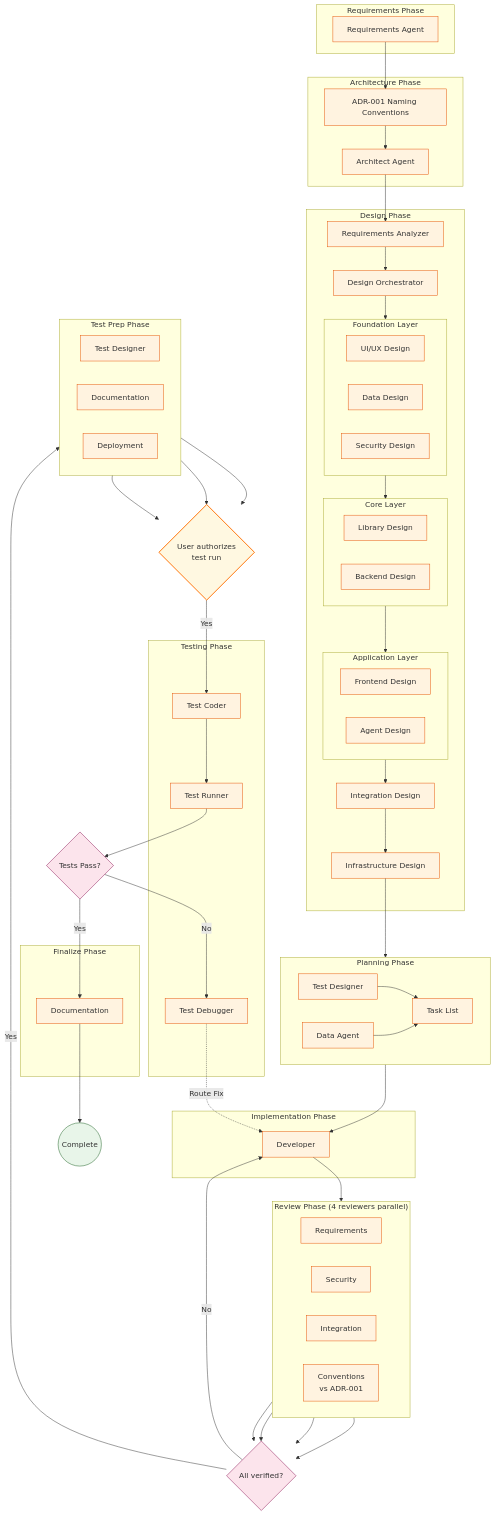
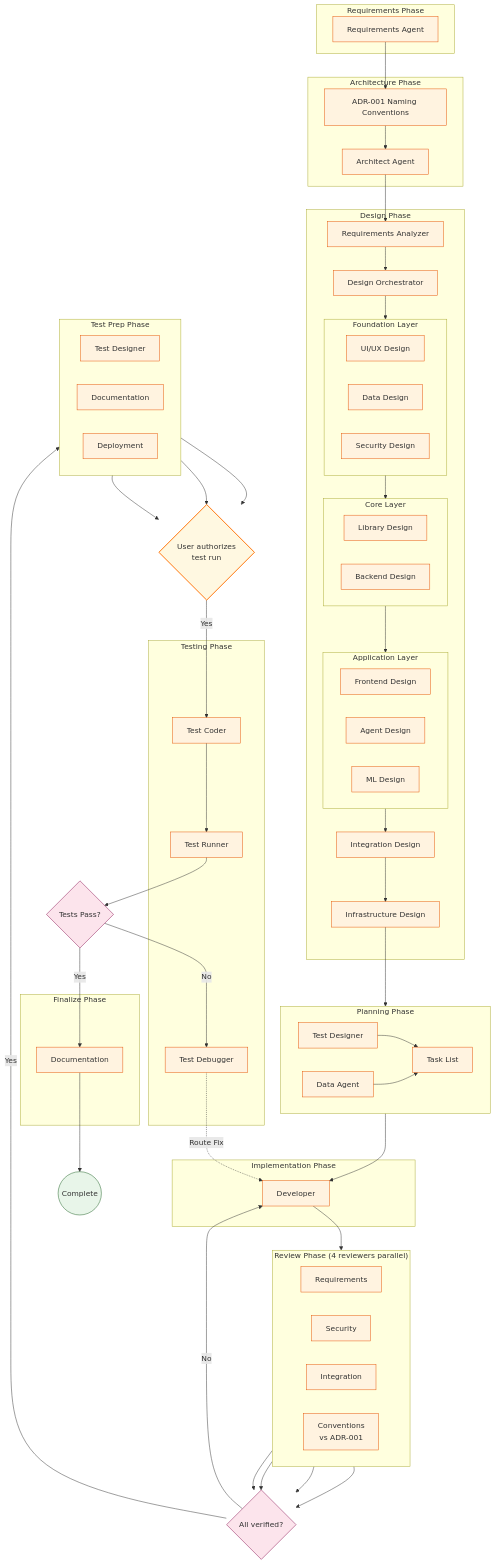
The diagram in README.md (osok/claude-code-startup-large-projects), drawn with Mermaid before and after one commit. The commit also changed other lines of this file and 9 other files, not shown here.

First line of the commit message:
feat: Add ML design agent and externalize requirements-gate allowlist

```diff
--- a/README.md
+++ b/README.md
@@ -277,6 +278,7 @@
             direction LR
             FRONT[Frontend Design]
             AGENT_D[Agent Design]
+            ML_D[ML Design]
         end
 
         INT_D[Integration Design]
@@ -352,7 +354,7 @@
     classDef gate fill:#fff8e1,stroke:#ff6f00,stroke-width:2px
     classDef done fill:#e8f5e9,stroke:#1b5e20
 
-    class REQ,ADR1,ARCH,RA,DO,UIUX,DATA_D,SEC_D,LIB,BACK,FRONT,AGENT_D,INT_D,INFRA,TD,DA,TL,DEV,CR_REQ,CR_SEC,CR_INT,CR_CON,TD2,DOC,DEPLOY,TC,TR,TDB,DOC2 agent
+    class REQ,ADR1,ARCH,RA,DO,UIUX,DATA_D,SEC_D,LIB,BACK,FRONT,AGENT_D,ML_D,INT_D,INFRA,TD,DA,TL,DEV,CR_REQ,CR_SEC,CR_INT,CR_CON,TD2,DOC,DEPLOY,TC,TR,TDB,DOC2 agent
     class FIX,PASS decision
     class AUTHORIZE gate
     class DONE done
```
